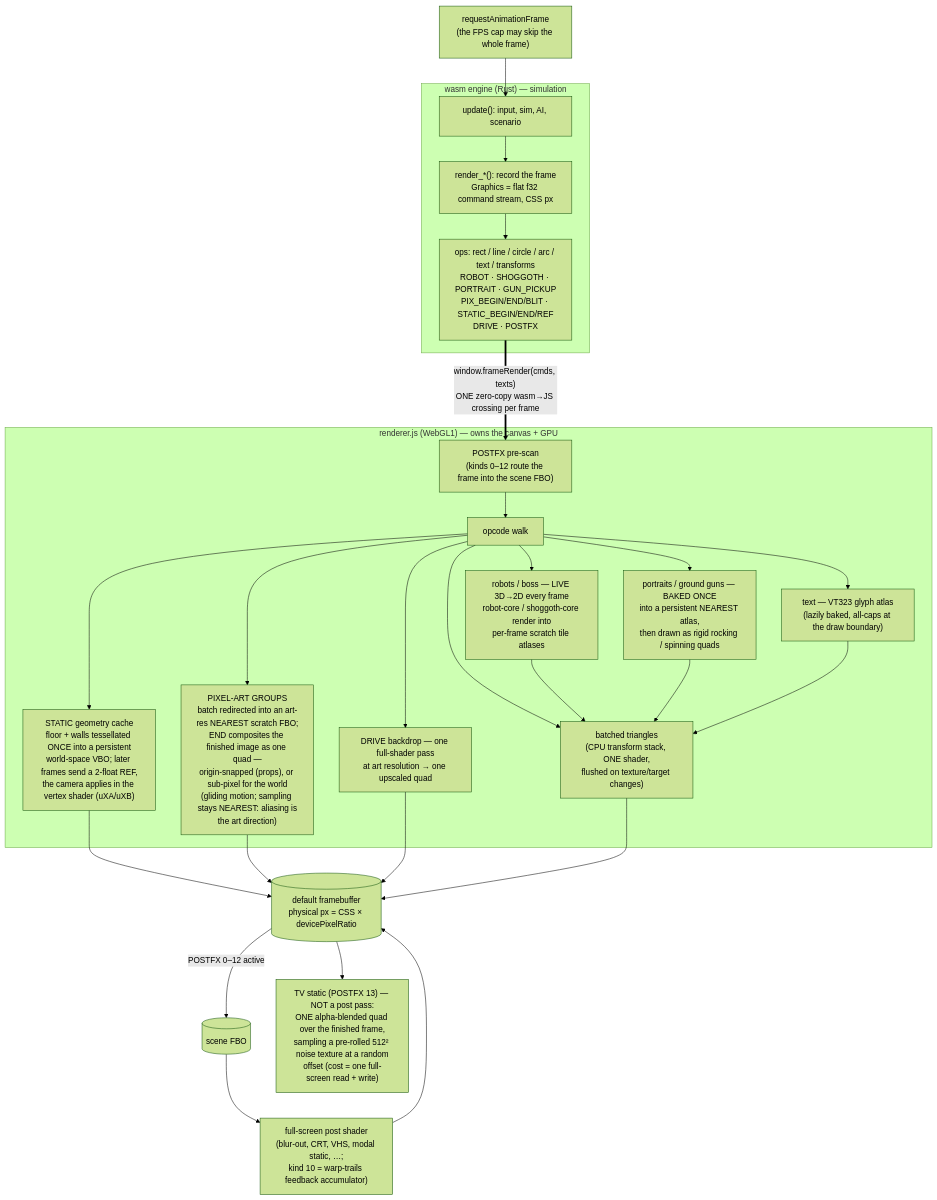
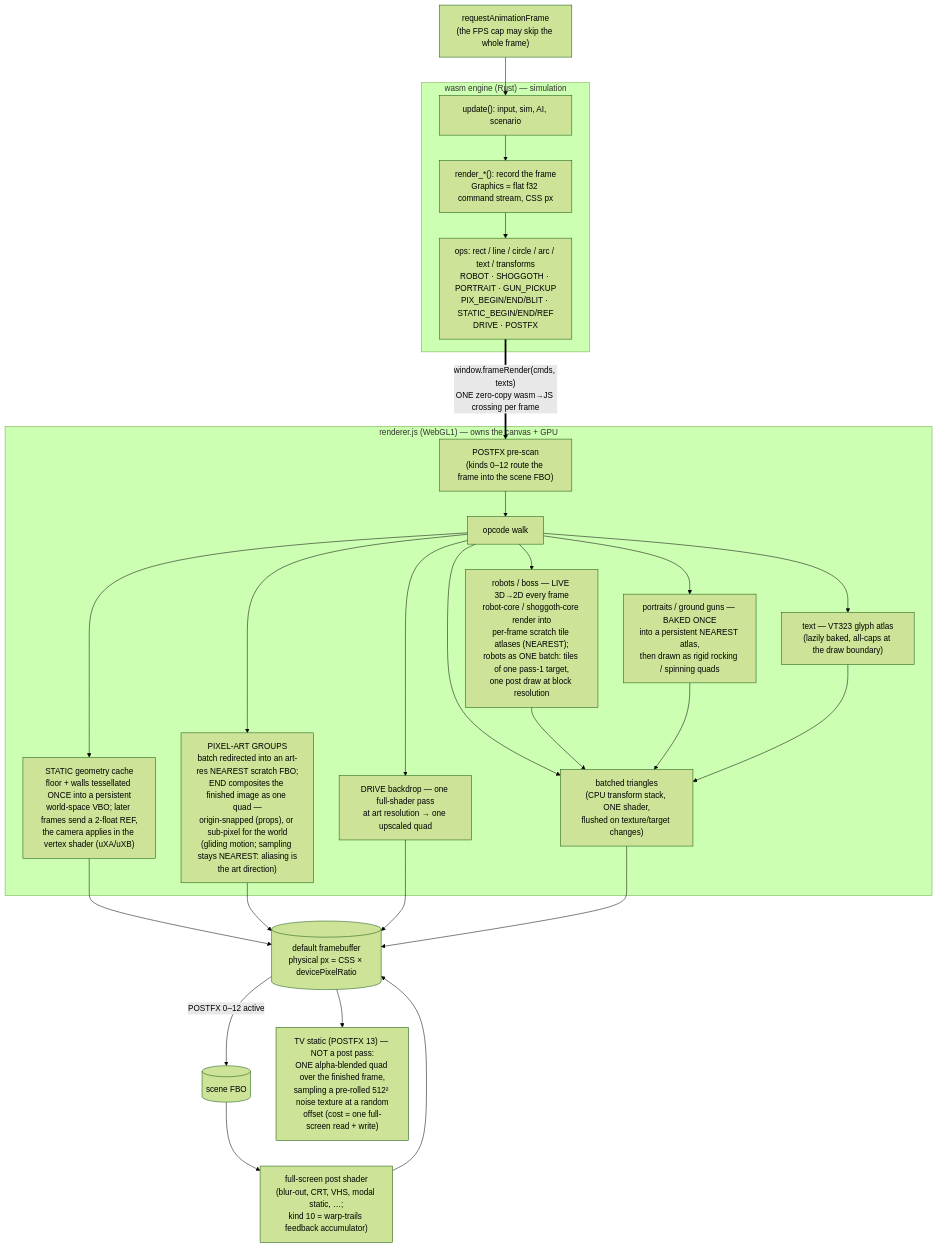
One commit to c4ffein/open-miami changed the first of 2 diagrams in docs/PIPELINE.md. Above: the diagram before and after it, drawn with Mermaid (forest theme). The commit also changed 63 other files, not shown here.

````diff
--- a/docs/PIPELINE.md
+++ b/docs/PIPELINE.md
@@ -15,31 +15,31 @@
 ```mermaid
 flowchart TD
   RAF["requestAnimationFrame<br/>(the FPS cap may skip the whole frame)"] --> UPDATE
   subgraph WASM["wasm engine (Rust) — simulation"]
     UPDATE["update(): input, sim, AI, scenario"] --> REC["render_*(): record the frame<br/>Graphics = flat f32 command stream, CSS px"]
     REC --> OPS["ops: rect / line / circle / arc / text / transforms<br/>ROBOT · SHOGGOTH · PORTRAIT · GUN_PICKUP<br/>PIX_BEGIN/END/BLIT · STATIC_BEGIN/END/REF<br/>DRIVE · POSTFX"]
   end
   OPS ==>|"window.frameRender(cmds, texts)<br/>ONE zero-copy wasm→JS crossing per frame"| SCAN
 
   subgraph RJS["renderer.js (WebGL1) — owns the canvas + GPU"]
     SCAN["POSTFX pre-scan<br/>(kinds 0–12 route the frame into the scene FBO)"] --> WALK["opcode walk"]
     WALK --> BATCH["batched triangles<br/>(CPU transform stack, ONE shader,<br/>flushed on texture/target changes)"]
     WALK --> STATIC["STATIC geometry cache<br/>floor + walls tessellated ONCE into a persistent<br/>world-space VBO; later frames send a 2-float REF,<br/>the camera applies in the vertex shader (uXA/uXB)"]
     WALK --> PIX["PIXEL-ART GROUPS<br/>batch redirected into an art-res NEAREST scratch FBO;<br/>END composites the finished image as one quad —<br/>origin-snapped (props), or sub-pixel for the world<br/>(gliding motion; sampling stays NEAREST: aliasing is<br/>the art direction)"]
-    WALK --> LIVE["robots / boss — LIVE 3D→2D every frame<br/>robot-core / shoggoth-core render into<br/>per-frame scratch tile atlases"]
+    WALK --> LIVE["robots / boss — LIVE 3D→2D every frame<br/>robot-core / shoggoth-core render into<br/>per-frame scratch tile atlases (NEAREST);<br/>robots as ONE batch: tiles of one pass-1 target,<br/>one post draw at block resolution"]
     WALK --> BAKE["portraits / ground guns — BAKED ONCE<br/>into a persistent NEAREST atlas,<br/>then drawn as rigid rocking / spinning quads"]
     WALK --> TXT["text — VT323 glyph atlas<br/>(lazily baked, all-caps at the draw boundary)"]
     WALK --> DRV["DRIVE backdrop — one full-shader pass<br/>at art resolution → one upscaled quad"]
   end
 
   LIVE --> BATCH
   BAKE --> BATCH
   TXT --> BATCH
   STATIC --> FB
   PIX --> FB
   DRV --> FB
   BATCH --> FB[("default framebuffer<br/>physical px = CSS × devicePixelRatio")]
 
   FB -->|"POSTFX 0–12 active"| SCENE[("scene FBO")] --> POST["full-screen post shader<br/>(blur-out, CRT, VHS, modal static, …;<br/>kind 10 = warp-trails feedback accumulator)"] --> FB
   FB --> GRAIN["TV static (POSTFX 13) — NOT a post pass:<br/>ONE alpha-blended quad over the finished frame,<br/>sampling a pre-rolled 512² noise texture at a random<br/>offset (cost = one full-screen read + write)"]
 ```
````
